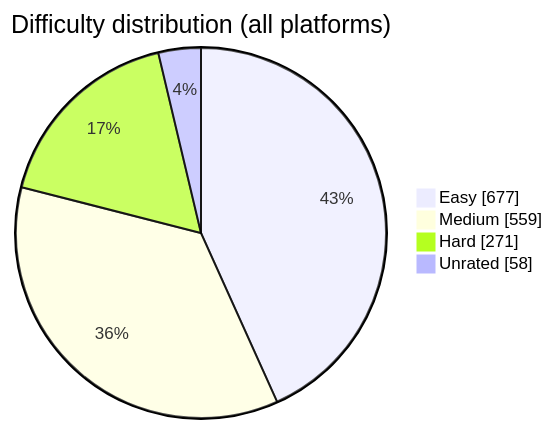
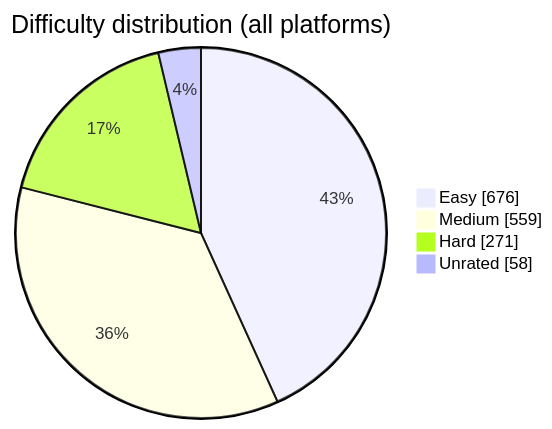
One commit to BuildbyArindam/Daily-Coding-Log changed the diagram in README.md. Above: the diagram before and after it, drawn with Mermaid. The commit also changed other lines of this file, not shown here.

````diff
--- a/README.md
+++ b/README.md
@@ -93,7 +93,7 @@
 ```mermaid
 pie showData title Difficulty distribution (all platforms)
-    "Easy" : 677
+    "Easy" : 676
     "Medium" : 559
     "Hard" : 271
     "Unrated" : 58
 ```
````
